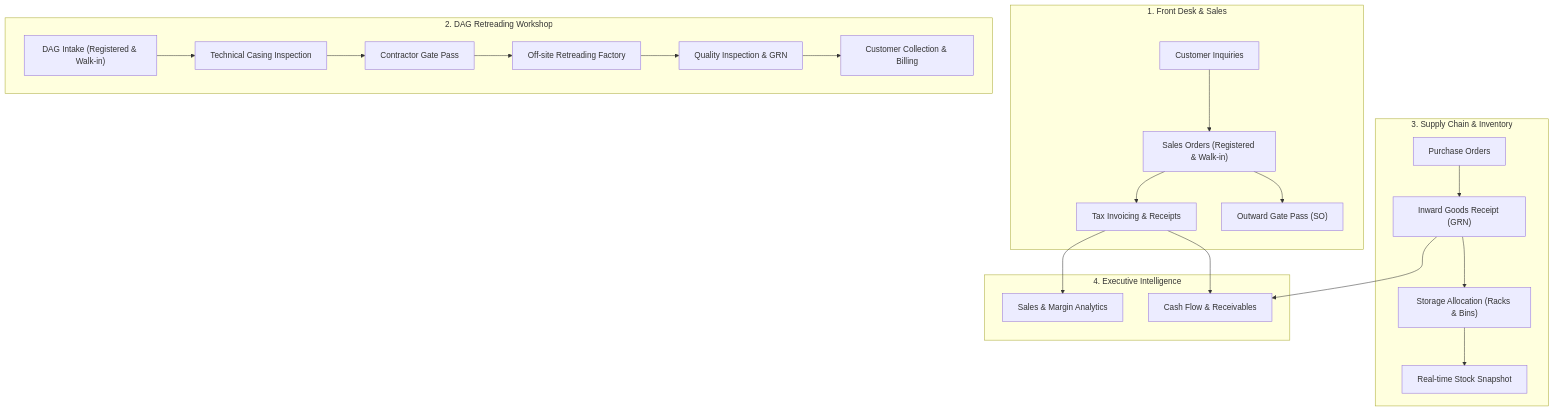
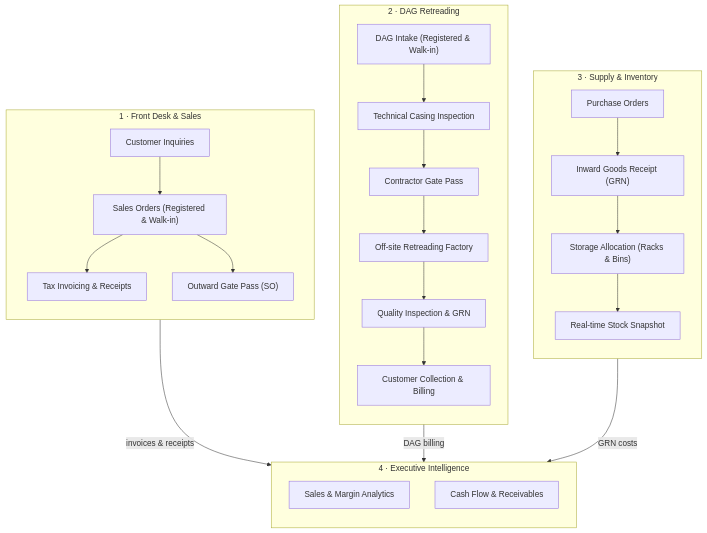
Before and after one commit to Dev-Ceylon/Tyremate-Web: the first of 3 diagrams in docs/USER_MANUAL.md, drawn with Mermaid. The commit also changed 39 other files, not shown here.

````diff
--- a/docs/USER_MANUAL.md
+++ b/docs/USER_MANUAL.md
@@ -12,28 +12,35 @@
 ```mermaid
-graph TD
-    subgraph FrontDesk ["1. Front Desk & Sales"]
+flowchart TB
+    subgraph FrontDesk ["1 · Front Desk & Sales"]
+        direction TB
         INQ["Customer Inquiries"] --> SO["Sales Orders (Registered & Walk-in)"]
         SO --> INV["Tax Invoicing & Receipts"]
         SO --> GP_SO["Outward Gate Pass (SO)"]
     end
 
-    subgraph Retreading ["2. DAG Retreading Workshop"]
+    subgraph Retreading ["2 · DAG Retreading"]
+        direction TB
         DAG_IN["DAG Intake (Registered & Walk-in)"] --> DAG_REV["Technical Casing Inspection"]
         DAG_REV --> DAG_GP["Contractor Gate Pass"]
         DAG_GP --> FACT["Off-site Retreading Factory"]
         FACT --> DAG_GRN["Quality Inspection & GRN"]
         DAG_GRN --> DAG_OUT["Customer Collection & Billing"]
     end
 
-    subgraph Procurement ["3. Supply Chain & Inventory"]
+    subgraph Procurement ["3 · Supply & Inventory"]
+        direction TB
         PO["Purchase Orders"] --> GRN["Inward Goods Receipt (GRN)"]
         GRN --> BIN["Storage Allocation (Racks & Bins)"]
         BIN --> SNAP["Real-time Stock Snapshot"]
     end
 
-    subgraph Intelligence ["4. Executive Intelligence"]
-        INV --> REP_SALES["Sales & Margin Analytics"]
-        INV --> REP_CASH["Cash Flow & Receivables"]
-        GRN --> REP_CASH
+    subgraph Intelligence ["4 · Executive Intelligence"]
+        direction TB
+        REP_SALES["Sales & Margin Analytics"]
+        REP_CASH["Cash Flow & Receivables"]
     end
+
+    FrontDesk -- "invoices & receipts" --> Intelligence
+    Retreading -- "DAG billing" --> Intelligence
+    Procurement -- "GRN costs" --> Intelligence
 ```
````
